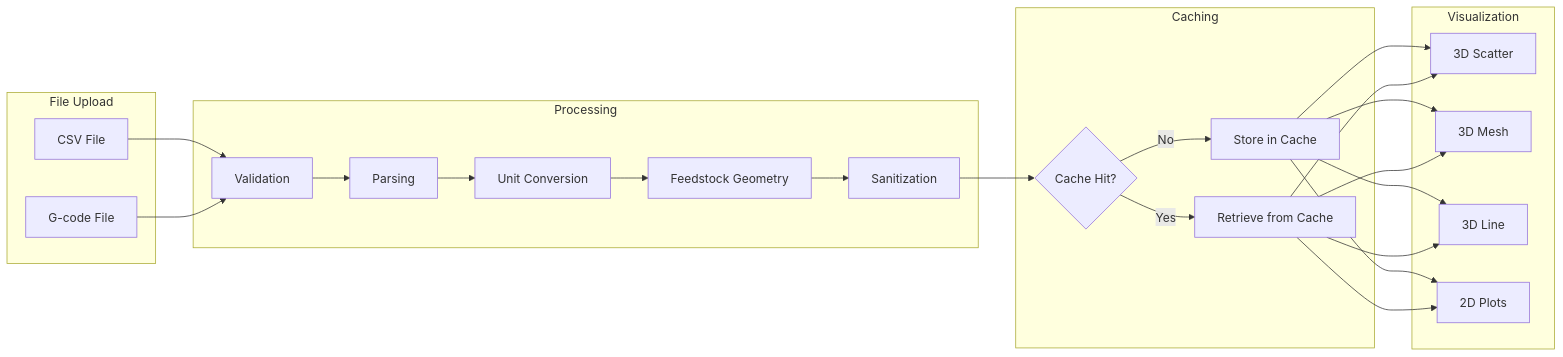
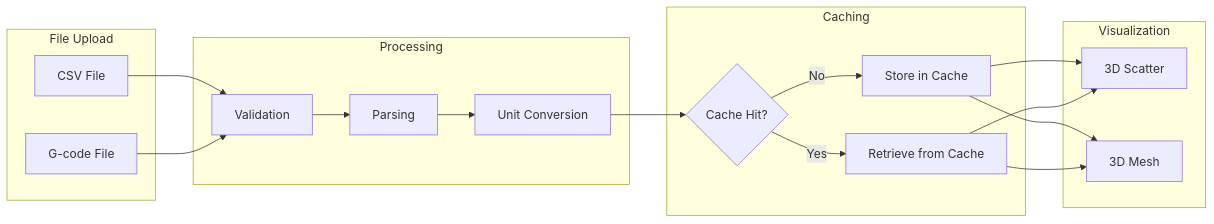
Before and after one commit to gregspruce/MELD_Visualizer: the second of 2 diagrams in docs/architecture/architecture.md, drawn with Mermaid. The commit also changed other lines of this file and 46 other files, not shown here.

````diff
--- a/docs/architecture/architecture.md
+++ b/docs/architecture/architecture.md
@@ -76,49 +40,39 @@
 ```mermaid
 flowchart LR
     subgraph "File Upload"
         CSV[CSV File]
         GCode[G-code File]
     end
-    
+
     subgraph "Processing"
-        Val[Validation]
-        Parse[Parsing]
-        Conv[Unit Conversion]
-        FeedGeom[Feedstock Geometry]
-        San[Sanitization]
+        Validation[Validation]
+        Parsing[Parsing]
+        Conversion[Unit Conversion]
     end
-    
+
     subgraph "Caching"
         CacheCheck{Cache Hit?}
         Store[Store in Cache]
         Retrieve[Retrieve from Cache]
     end
-    
+
     subgraph "Visualization"
         Scatter[3D Scatter]
         Mesh[3D Mesh]
-        Line[3D Line]
-        Plot2D[2D Plots]
     end
-    
-    CSV --> Val
-    GCode --> Val
-    Val --> Parse
-    Parse --> Conv
-    Conv --> FeedGeom
-    FeedGeom --> San
-    San --> CacheCheck
-    
+
+    CSV --> Validation
+    GCode --> Validation
+    Validation --> Parsing
+    Parsing --> Conversion
+    Conversion --> CacheCheck
+
     CacheCheck -->|No| Store
     CacheCheck -->|Yes| Retrieve
-    
+
     Store --> Scatter
     Store --> Mesh
-    Store --> Line
-    Store --> Plot2D
-    
+
     Retrieve --> Scatter
     Retrieve --> Mesh
-    Retrieve --> Line
-    Retrieve --> Plot2D
 ```
````
